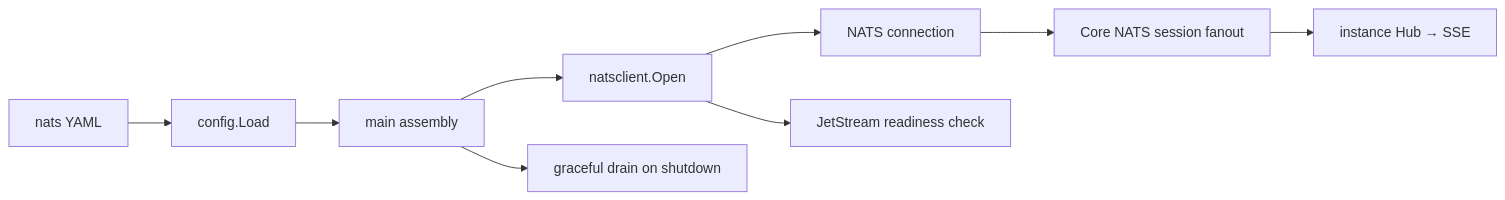
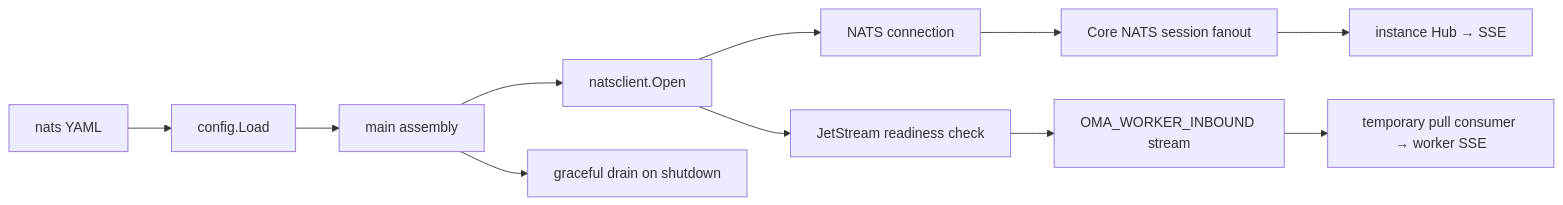
One commit to Postroggy/open-managed-agents changed the diagram in docs/design/be/nats-messaging-foundation.md. Above: the diagram before and after it, drawn with Mermaid. The commit also changed other lines of this file and 11 other files, not shown here.

````diff
--- a/docs/design/be/nats-messaging-foundation.md
+++ b/docs/design/be/nats-messaging-foundation.md
@@ -7,11 +7,13 @@
 ```mermaid
 flowchart LR
     yaml["nats YAML"] --> loader["config.Load"]
     loader --> main["main assembly"]
     main --> client["natsclient.Open"]
     client --> core["NATS connection"]
     client --> js["JetStream readiness check"]
     core --> fanout["Core NATS session fanout"]
     fanout --> hub["instance Hub → SSE"]
+    js --> workerStream["OMA_WORKER_INBOUND stream"]
+    workerStream --> workerSSE["temporary pull consumer → worker SSE"]
     main --> drain["graceful drain on shutdown"]
 ```
````
